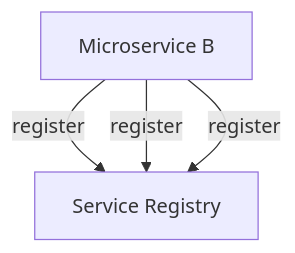
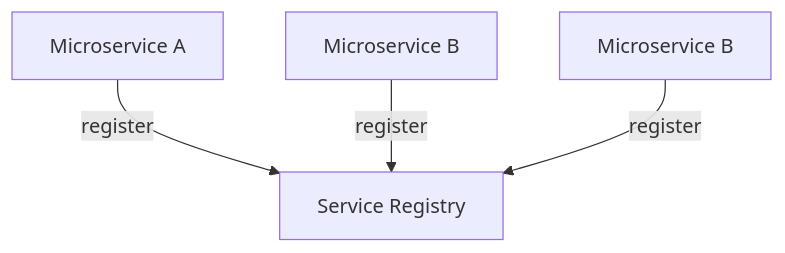
One commit to sonamsamdupkhangsar/sonamsamdupkhangsar.github.io changed the diagram in service-discovery/README.md. Above: the diagram before and after it, drawn with Mermaid.

Commit message:
add service discovery

````diff
--- a/service-discovery/README.md
+++ b/service-discovery/README.md
@@ -6,6 +6,6 @@
 ```mermaid
 flowchart TD    
     A[Microservice A] --> |register| Eureka[Service Registry]
-    A[Microservice B] --> |register| Eureka
-    A[Microservice B] --> |register| Eureka
+    B[Microservice B] --> |register| Eureka
+    C[Microservice B] --> |register| Eureka
 ``` 
````
